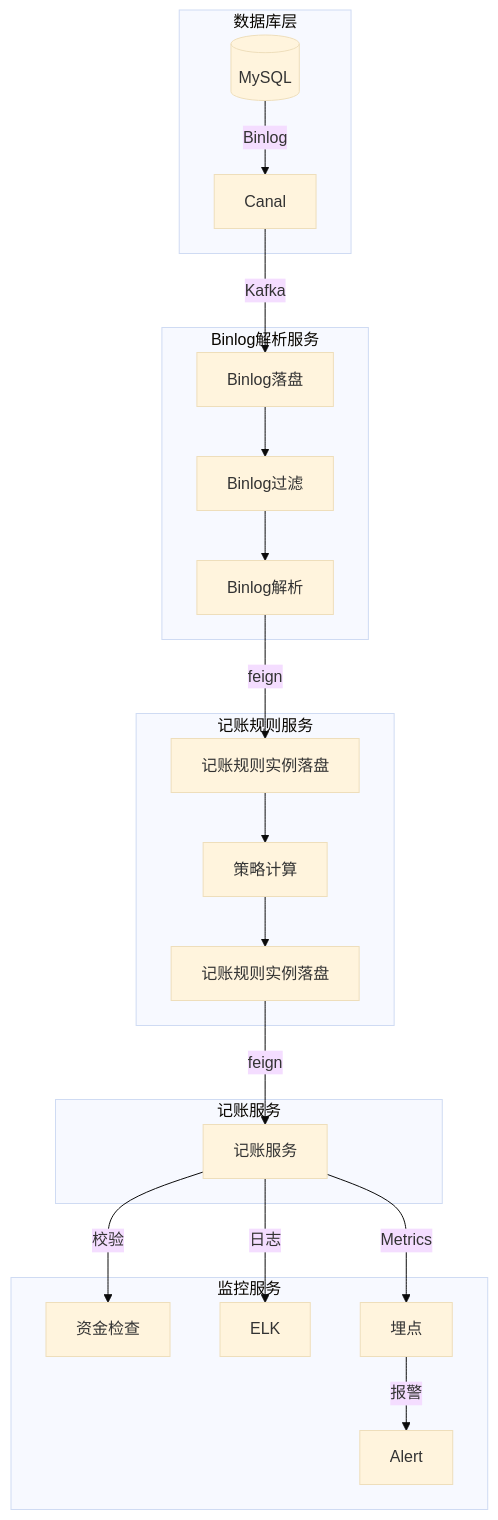
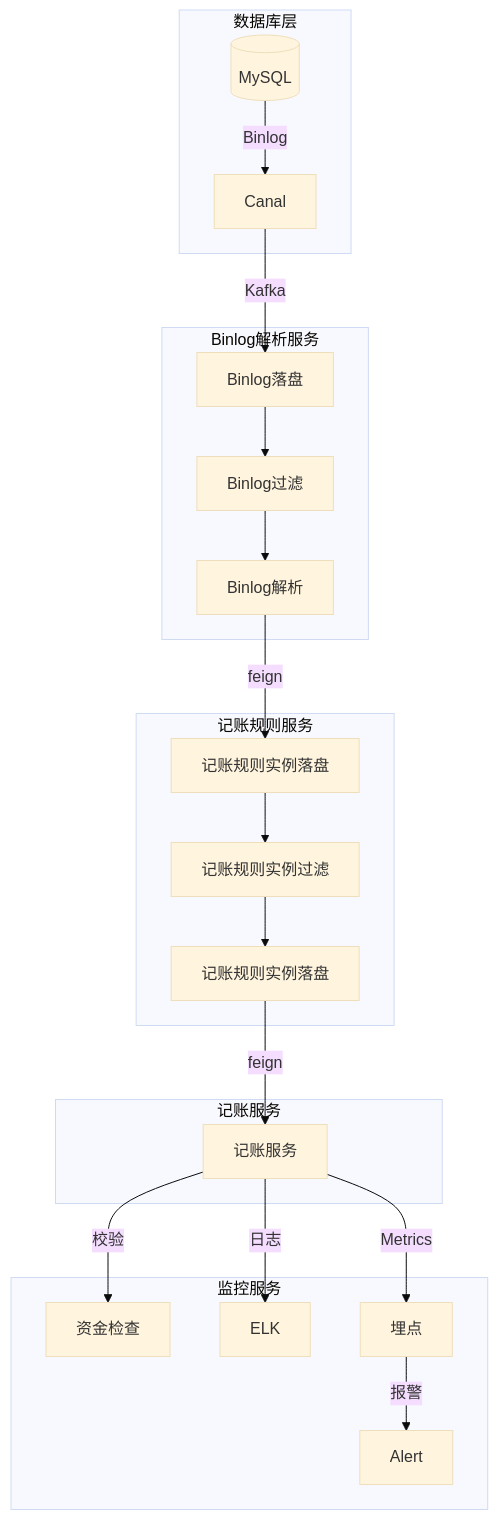
One commit to 87828943/iodraw-files changed the diagram in all/记账架构图.md. Above: the diagram before and after it, drawn with Mermaid (base theme).

Commit message:
2025-07-07 14:47:08 update

````diff
--- a/all/记账架构图.md
+++ b/all/记账架构图.md
@@ -1,25 +1,25 @@
 ```mermaid
 graph TB
     subgraph 数据库层
         DB[(MySQL)] -->|Binlog| Canal
     end
     subgraph Binlog解析服务
         Canal -->|Kafka| Binlog[Binlog落盘]
         Binlog --> Binlog1[Binlog过滤]
         Binlog1 --> Binlog2[Binlog解析]
     end
     subgraph 记账规则服务
         Binlog2 -->|feign| AccountingRule[记账规则实例落盘]
-        AccountingRule --> AccountingRule1[策略计算]
+        AccountingRule --> AccountingRule1[记账规则实例过滤]
         AccountingRule1 --> AccountingRule2[记账规则实例落盘] 
     end
     subgraph 记账服务
        AccountingRule2 -->|feign| Accounting[记账服务]
     end
     subgraph 监控服务
         Accounting --> |校验| 资金检查
         Accounting -->|日志| ELK
         Accounting -->|Metrics| 埋点
         埋点 -->|报警| Alert
     end
 ```
````
